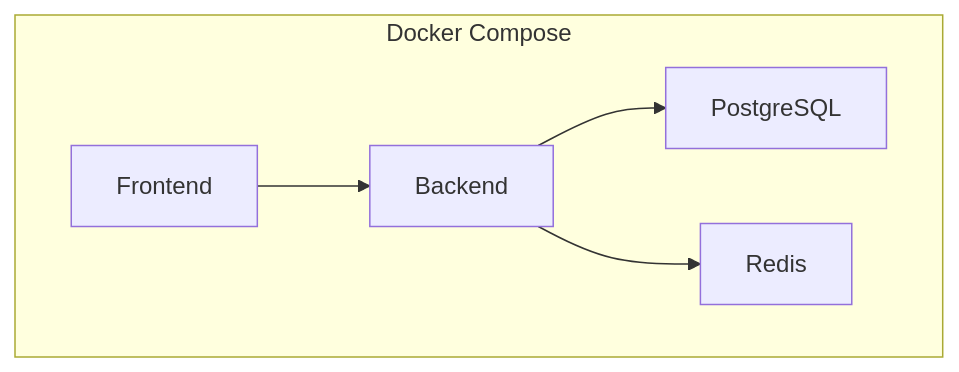
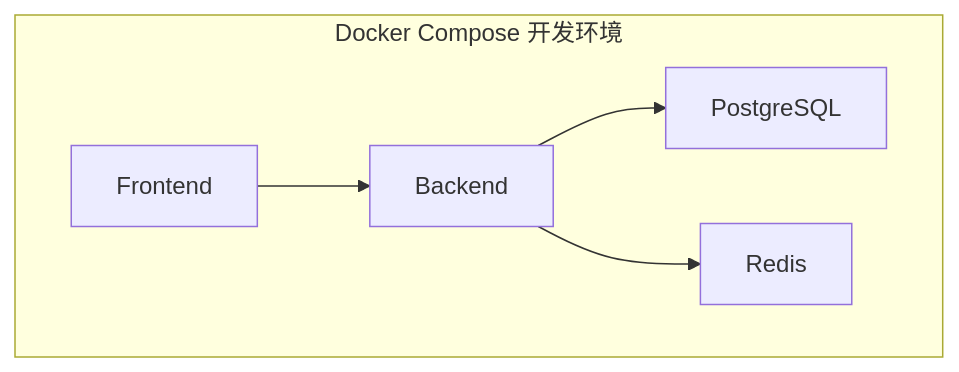
One commit to xixixiaoyu/vue3-nest-template changed the fourth of 4 diagrams in .qoder/repowiki/zh/content/架构设计/后端架构/配置管理.md. Above: the diagram before and after it, drawn with Mermaid. The commit also changed other lines of this file and 7 other files, not shown here.

First line of the commit message:
docs(auth): 编写前端认证组件和视图文档

````diff
--- a/.qoder/repowiki/zh/content/架构设计/后端架构/配置管理.md
+++ b/.qoder/repowiki/zh/content/架构设计/后端架构/配置管理.md
@@ -173,12 +192,12 @@
 ```mermaid
 graph TB
-subgraph "Docker Compose"
+subgraph "Docker Compose 开发环境"
 A[PostgreSQL]
 B[Redis]
 C[Backend]
 D[Frontend]
 end
 C --> A
 C --> B
 D --> C
 ```
````
